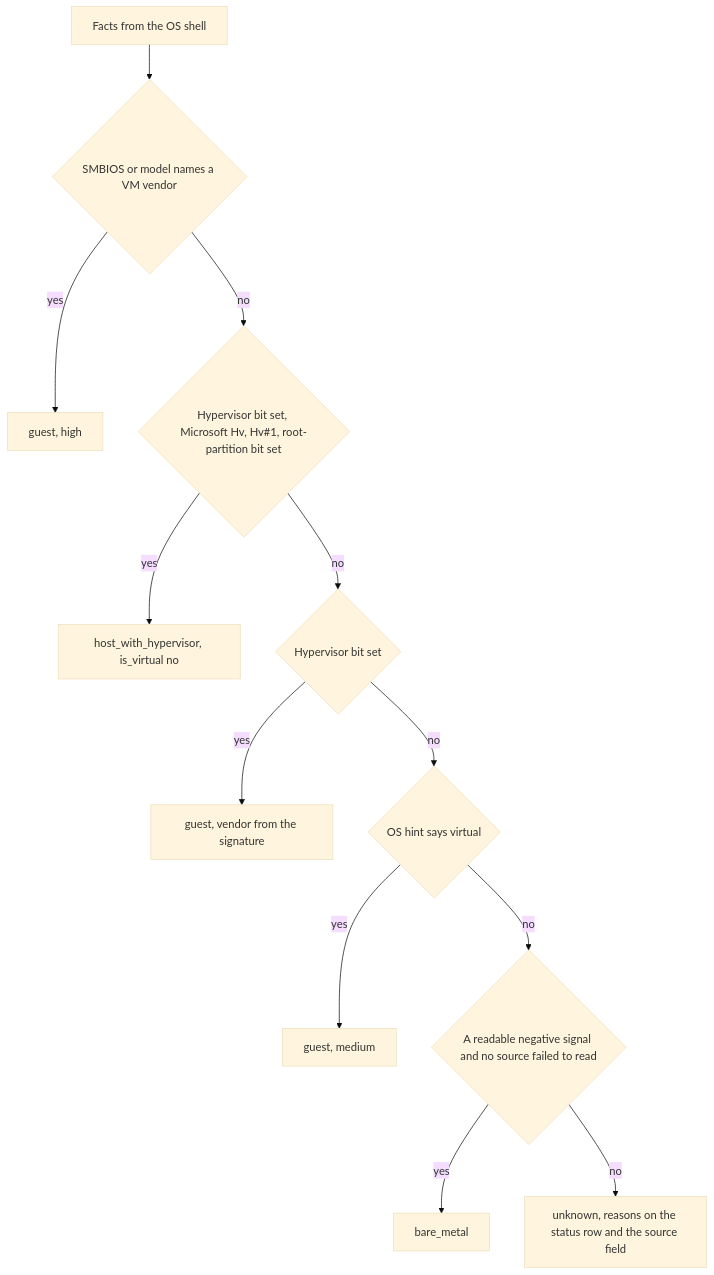
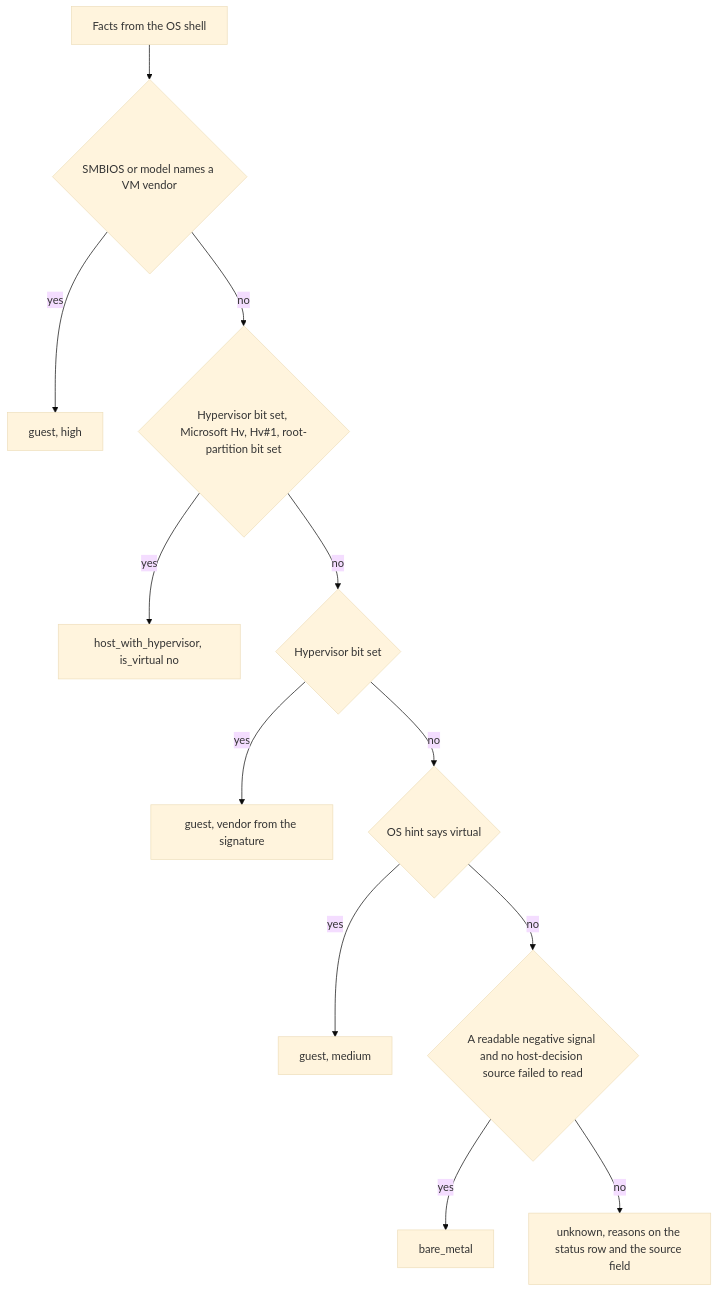
Before and after one commit to DevNullLtd/Yuzu: the second of 2 diagrams in agents/plugins/virtualization/README.md, drawn with Mermaid (base theme). The commit also changed other lines of this file and 5 other files, not shown here.

````diff
--- a/agents/plugins/virtualization/README.md
+++ b/agents/plugins/virtualization/README.md
@@ -51,14 +51,14 @@
 ```mermaid
 flowchart TD
   S["Facts from the OS shell"] --> A{"SMBIOS or model names a VM vendor"}
   A -->|"yes"| G1["guest, high"]
   A -->|"no"| B{"Hypervisor bit set, Microsoft Hv, Hv#1, root-partition bit set"}
   B -->|"yes"| H["host_with_hypervisor, is_virtual no"]
   B -->|"no"| C{"Hypervisor bit set"}
   C -->|"yes"| G2["guest, vendor from the signature"]
   C -->|"no"| D{"OS hint says virtual"}
   D -->|"yes"| G3["guest, medium"]
-  D -->|"no"| E{"A readable negative signal and no source failed to read"}
+  D -->|"no"| E{"A readable negative signal and no host-decision source failed to read"}
   E -->|"yes"| BM["bare_metal"]
   E -->|"no"| U["unknown, reasons on the status row and the source field"]
 ```
````
